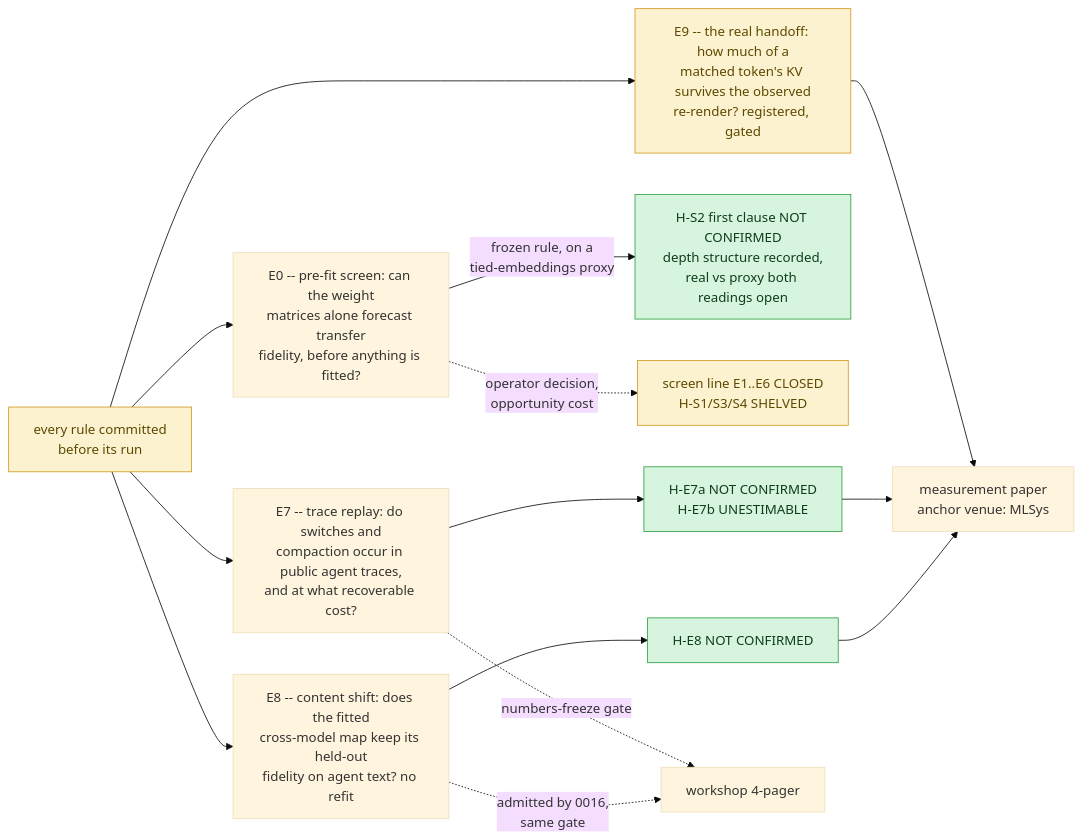
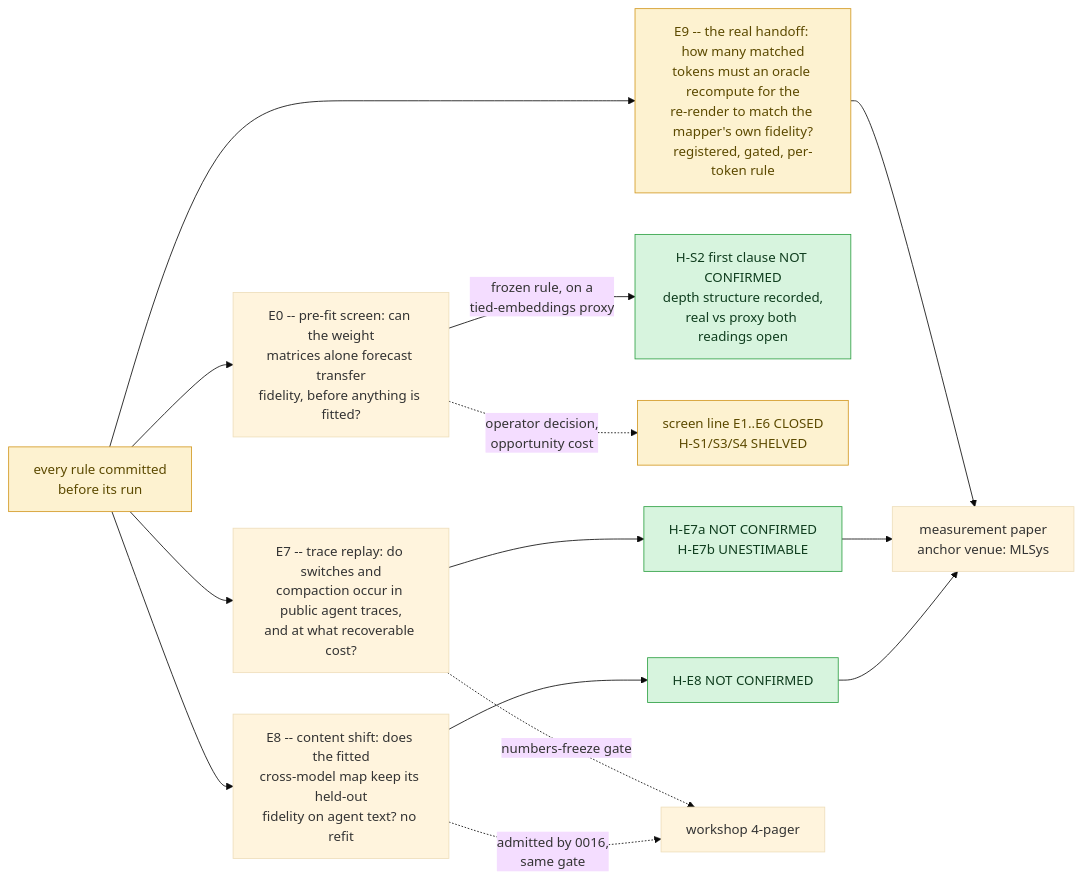
One commit to hossainpazooki/linear-ceiling changed the first of 7 diagrams in README.md. Above: the diagram before and after it, drawn with Mermaid (base theme). The commit also changed other lines of this file, not shown here.

Commit message:
docs: README states how E9 is decided under the per-token rule

````diff
--- a/README.md
+++ b/README.md
@@ -17,20 +17,20 @@
 ```mermaid
 flowchart LR
     RULE[every rule committed<br/>before its run] --> E0
     RULE --> E7
     RULE --> E8
     RULE --> E9
     E0["E0 -- pre-fit screen: can the weight<br/>matrices alone forecast transfer<br/>fidelity, before anything is fitted?"] -->|frozen rule, on a<br/>tied-embeddings proxy| VS[H-S2 first clause NOT CONFIRMED<br/>depth structure recorded,<br/>real vs proxy both readings open]
     E0 -.->|operator decision,<br/>opportunity cost| CLOSED[screen line E1..E6 CLOSED<br/>H-S1/S3/S4 SHELVED]
     E7["E7 -- trace replay: do switches and<br/>compaction occur in public agent traces,<br/>and at what recoverable cost?"] --> V7[H-E7a NOT CONFIRMED<br/>H-E7b UNESTIMABLE]
     E8["E8 -- content shift: does the fitted<br/>cross-model map keep its held-out<br/>fidelity on agent text? no refit"] --> V8[H-E8 NOT CONFIRMED]
-    E9["E9 -- the real handoff: how much of a<br/>matched token's KV survives the observed<br/>re-render? registered, gated"] --> ANCHOR
+    E9["E9 -- the real handoff: how many matched<br/>tokens must an oracle recompute for the<br/>re-render to match the mapper's own fidelity?<br/>registered, gated, per-token rule"] --> ANCHOR
     V7 --> ANCHOR[measurement paper<br/>anchor venue: MLSys]
     V8 --> ANCHOR
     E7 -.->|numbers-freeze gate| WS[workshop 4-pager]
     E8 -.->|admitted by 0016,<br/>same gate| WS
     classDef rule fill:#fdf2d0,stroke:#d29922,color:#5c4a00;
     classDef verdict fill:#d7f4de,stroke:#2ea043,color:#0f3d1e;
     class RULE,CLOSED,E9 rule;
     class VS,V7,V8 verdict;
 ```
````
